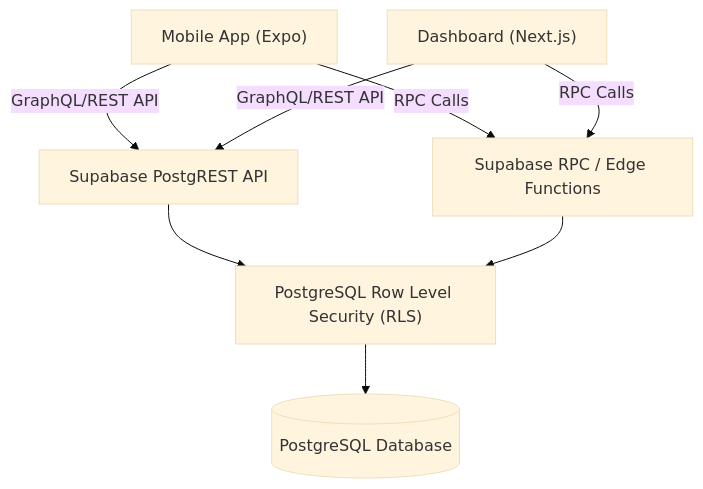
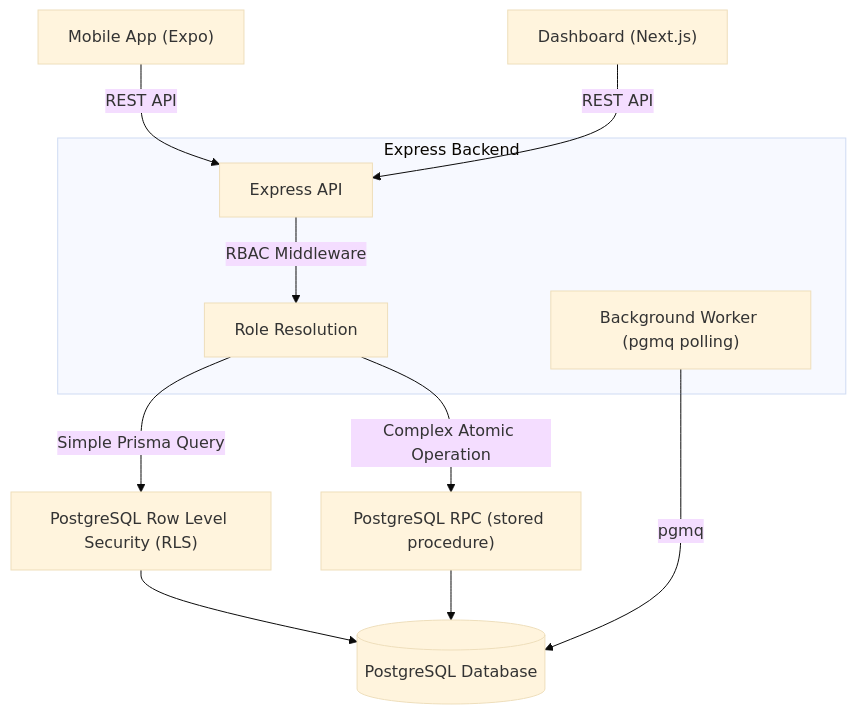
The diagram in docs/diagrams/15-api-architecture.md (sohamdhande/nst-events-docs), drawn with Mermaid (base theme) before and after one commit. The commit also changed other lines of this file and 77 other files, not shown here.

````diff
--- a/docs/diagrams/15-api-architecture.md
+++ b/docs/diagrams/15-api-architecture.md
@@ -5,16 +5,24 @@
 ```mermaid
 graph TD
     Mobile["Mobile App (Expo)"]
     Dashboard["Dashboard (Next.js)"]
-    
-    Mobile -->|GraphQL/REST API| API["Supabase PostgREST API"]
-    Dashboard -->|GraphQL/REST API| API
-    
-    Mobile -->|RPC Calls| RPC["Supabase RPC / Edge Functions"]
-    Dashboard -->|RPC Calls| RPC
-    
-    API --> RLS["PostgreSQL Row Level Security (RLS)"]
-    RPC --> RLS
-    
+
+    Mobile -->|REST API| API["Express API"]
+    Dashboard -->|REST API| API
+
+    API -->|RBAC Middleware| RBAC["Role Resolution"]
+
+    RBAC -->|Simple Prisma Query| RLS["PostgreSQL Row Level Security (RLS)"]
+    RBAC -->|Complex Atomic Operation| RPC["PostgreSQL RPC (stored procedure)"]
+
     RLS --> Database[("PostgreSQL Database")]
+    RPC --> Database
+
+    subgraph Express Backend
+        API
+        RBAC
+        Worker["Background Worker (pgmq polling)"]
+    end
+
+    Worker -->|pgmq| Database
 ```
````
